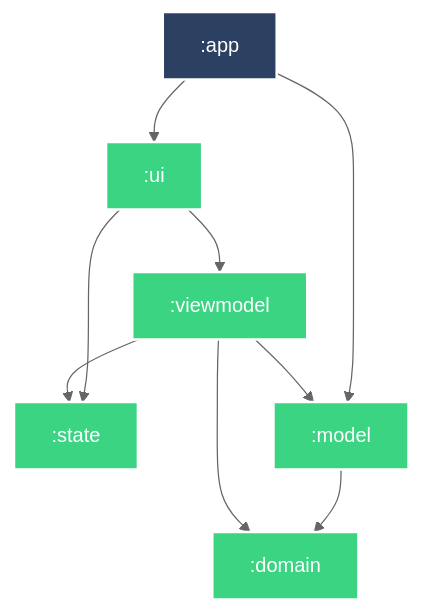
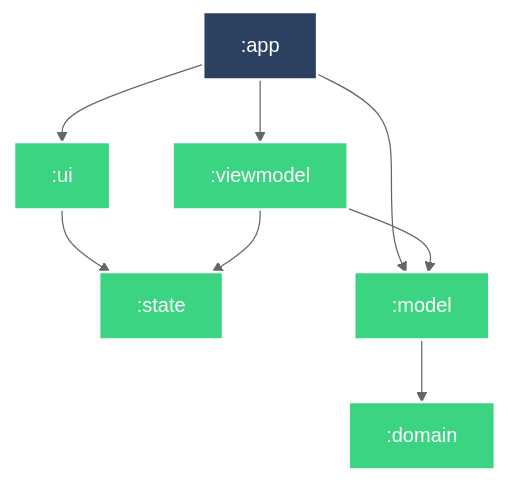
The diagram in README.md (JustBurrow/template-android-app), drawn with Mermaid before and after one commit. The commit also changed 12 other files, not shown here.

````diff
--- a/README.md
+++ b/README.md
@@ -22,27 +22,25 @@
 ```mermaid
 %%{
   init: {
     'theme': 'neutral'
   }
 }%%
 
 graph TB
-  :ui --> :viewmodel
   :ui --> :state
   :model --> :domain
   :app --> :model
   :app --> :ui
+  :app --> :viewmodel
   :viewmodel --> :state
   :viewmodel --> :model
-  :viewmodel --> :domain
 
 classDef android-library fill:#3BD482,stroke:#fff,stroke-width:2px,color:#fff;
 classDef android-application fill:#2C4162,stroke:#fff,stroke-width:2px,color:#fff;
 class :ui android-library
-class :viewmodel android-library
 class :state android-library
 class :model android-library
 class :domain android-library
 class :app android-application
-
+class :viewmodel android-library
 ```
````
